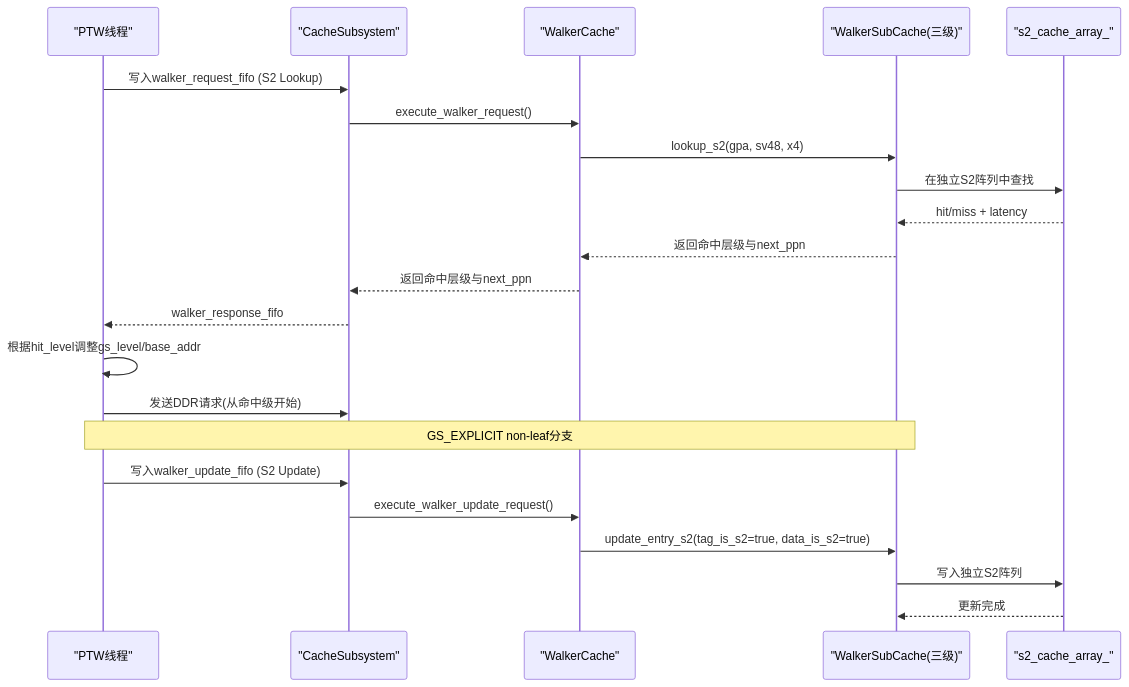
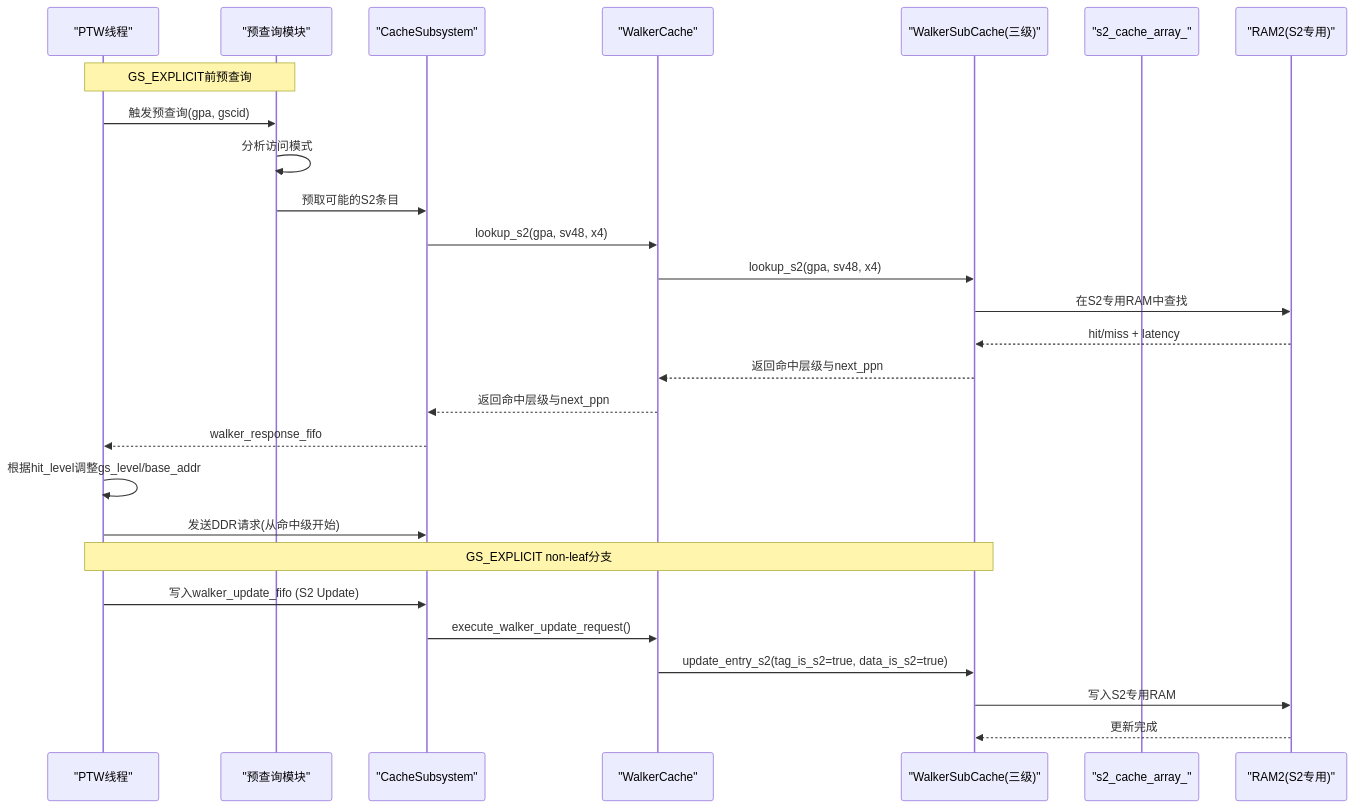
One commit to jiangjiang1122/iommu_model_20260401_v1 changed the second of 8 diagrams in .qoder/repowiki/zh/content/缓存系统/S2 Walker缓存设计文档.md. Above: the diagram before and after it, drawn with Mermaid. The commit also changed other lines of this file and 186 other files, not shown here.

````diff
--- a/.qoder/repowiki/zh/content/缓存系统/S2 Walker缓存设计文档.md
+++ b/.qoder/repowiki/zh/content/缓存系统/S2 Walker缓存设计文档.md
@@ -138,24 +157,29 @@
 ```mermaid
 sequenceDiagram
 participant PTW as "PTW线程"
+participant PREF as "预查询模块"
 participant CS as "CacheSubsystem"
 participant WC as "WalkerCache"
 participant SC as "WalkerSubCache(三级)"
 participant S2ARR as "s2_cache_array_"
-PTW->>CS : 写入walker_request_fifo (S2 Lookup)
-CS->>WC : execute_walker_request()
+participant RAM2 as "RAM2(S2专用)"
+Note over PTW,PREF : GS_EXPLICIT前预查询
+PTW->>PREF : 触发预查询(gpa, gscid)
+PREF->>PREF : 分析访问模式
+PREF->>CS : 预取可能的S2条目
+CS->>WC : lookup_s2(gpa, sv48, x4)
 WC->>SC : lookup_s2(gpa, sv48, x4)
-SC->>S2ARR : 在独立S2阵列中查找
-S2ARR-->>SC : hit/miss + latency
+SC->>RAM2 : 在S2专用RAM中查找
+RAM2-->>SC : hit/miss + latency
 SC-->>WC : 返回命中层级与next_ppn
 WC-->>CS : 返回命中层级与next_ppn
 CS-->>PTW : walker_response_fifo
 PTW->>PTW : 根据hit_level调整gs_level/base_addr
 PTW->>CS : 发送DDR请求(从命中级开始)
 Note over PTW,SC : GS_EXPLICIT non-leaf分支
 PTW->>CS : 写入walker_update_fifo (S2 Update)
 CS->>WC : execute_walker_update_request()
 WC->>SC : update_entry_s2(tag_is_s2=true, data_is_s2=true)
-SC->>S2ARR : 写入独立S2阵列
-S2ARR-->>SC : 更新完成
+SC->>RAM2 : 写入S2专用RAM
+RAM2-->>SC : 更新完成
 ```
````
